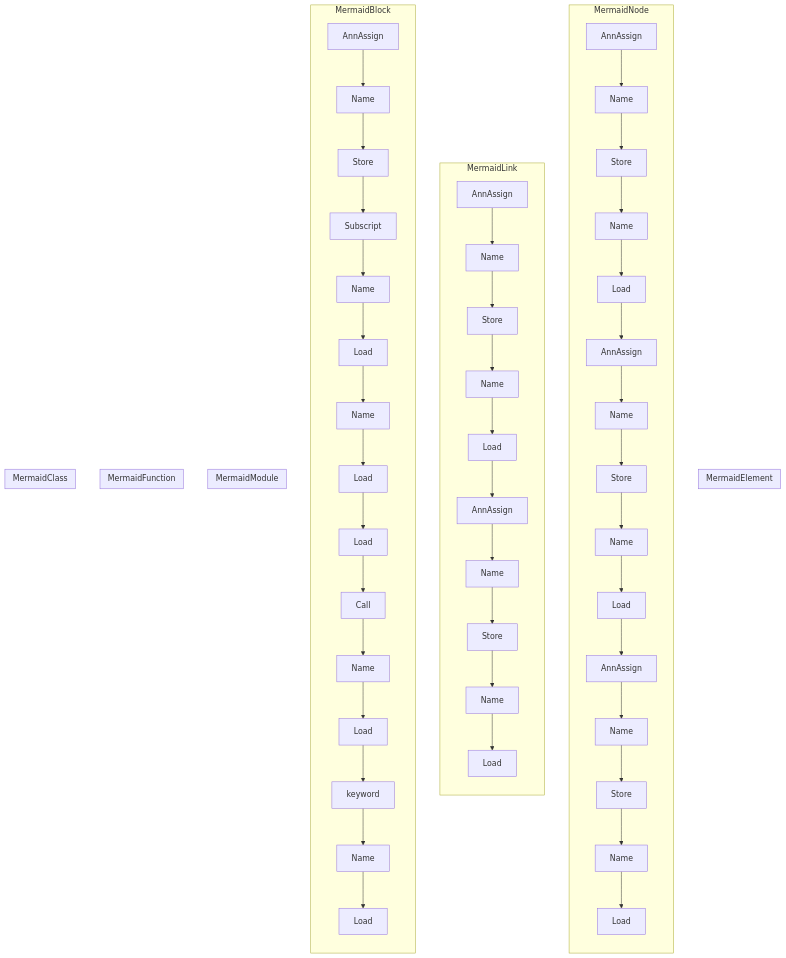
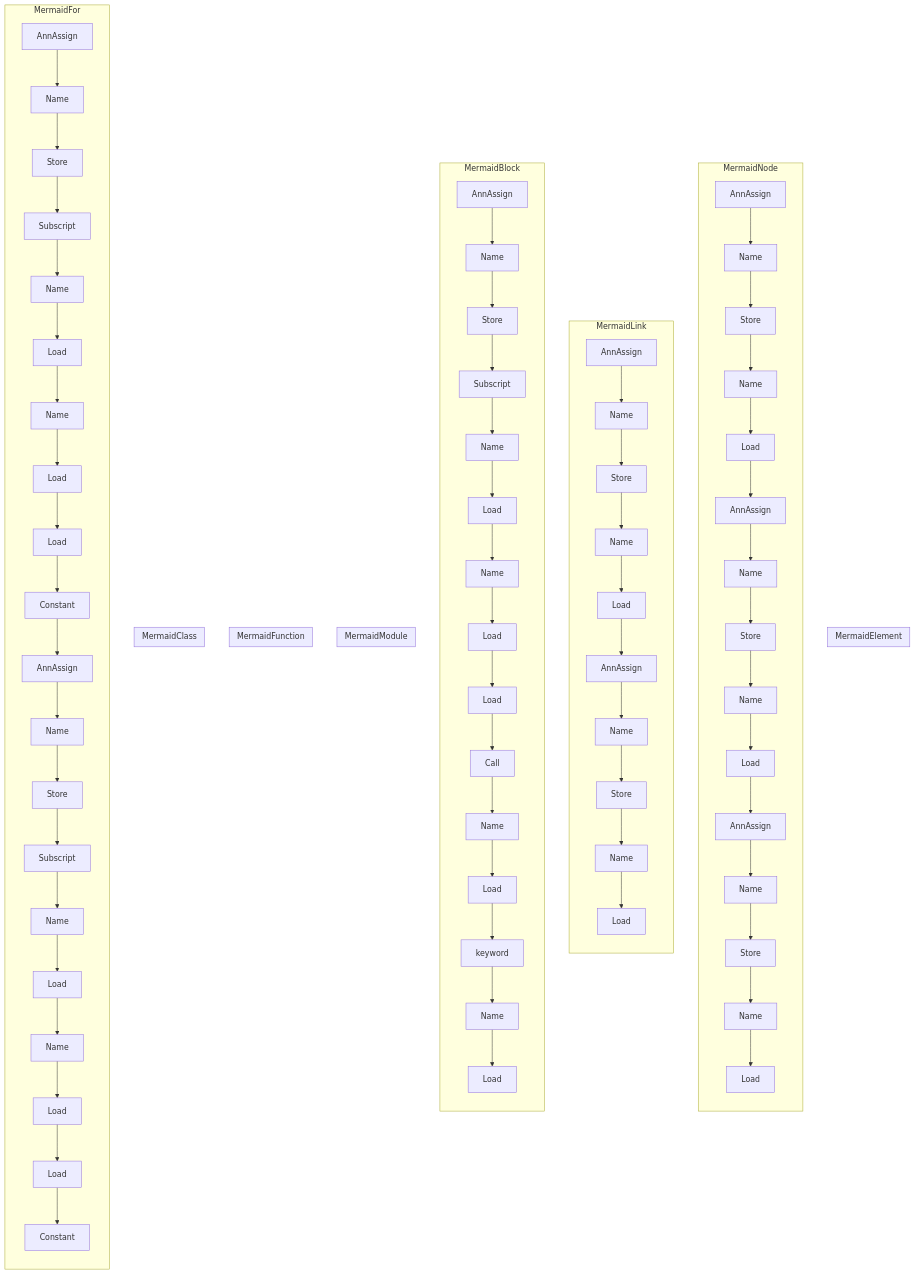
Before and after one commit to MichaelReel/pyremaid: the diagram in docs/pyremaid/models.py.md, drawn with Mermaid. The commit also changed other lines of this file and 12 other files, not shown here.

````diff
--- a/docs/pyremaid/models.py.md
+++ b/docs/pyremaid/models.py.md
@@ -50,6 +50,26 @@
   _c3_n38["keyword"]
   _c3_n39["Name"]
   _c3_n40["Load"]
+  _c7_n44["AnnAssign"]
+  _c7_n45["Name"]
+  _c7_n46["Store"]
+  _c7_n47["Subscript"]
+  _c7_n48["Name"]
+  _c7_n49["Load"]
+  _c7_n50["Name"]
+  _c7_n51["Load"]
+  _c7_n52["Load"]
+  _c7_n53["Constant"]
+  _c7_n54["AnnAssign"]
+  _c7_n55["Name"]
+  _c7_n56["Store"]
+  _c7_n57["Subscript"]
+  _c7_n58["Name"]
+  _c7_n59["Load"]
+  _c7_n60["Name"]
+  _c7_n61["Load"]
+  _c7_n62["Load"]
+  _c7_n63["Constant"]
 
   subgraph MermaidElement
     direction TB
@@ -109,5 +129,27 @@
   subgraph MermaidClass
     direction TB
   end
+  subgraph MermaidFor
+    direction TB
+    _c7_n44 --> _c7_n45
+    _c7_n45 --> _c7_n46
+    _c7_n46 --> _c7_n47
+    _c7_n47 --> _c7_n48
+    _c7_n48 --> _c7_n49
+    _c7_n49 --> _c7_n50
+    _c7_n50 --> _c7_n51
+    _c7_n51 --> _c7_n52
+    _c7_n52 --> _c7_n53
+    _c7_n53 --> _c7_n54
+    _c7_n54 --> _c7_n55
+    _c7_n55 --> _c7_n56
+    _c7_n56 --> _c7_n57
+    _c7_n57 --> _c7_n58
+    _c7_n58 --> _c7_n59
+    _c7_n59 --> _c7_n60
+    _c7_n60 --> _c7_n61
+    _c7_n61 --> _c7_n62
+    _c7_n62 --> _c7_n63
+  end
 
 ```
````
